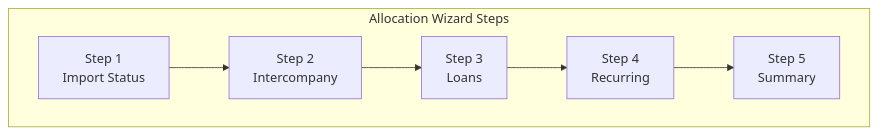
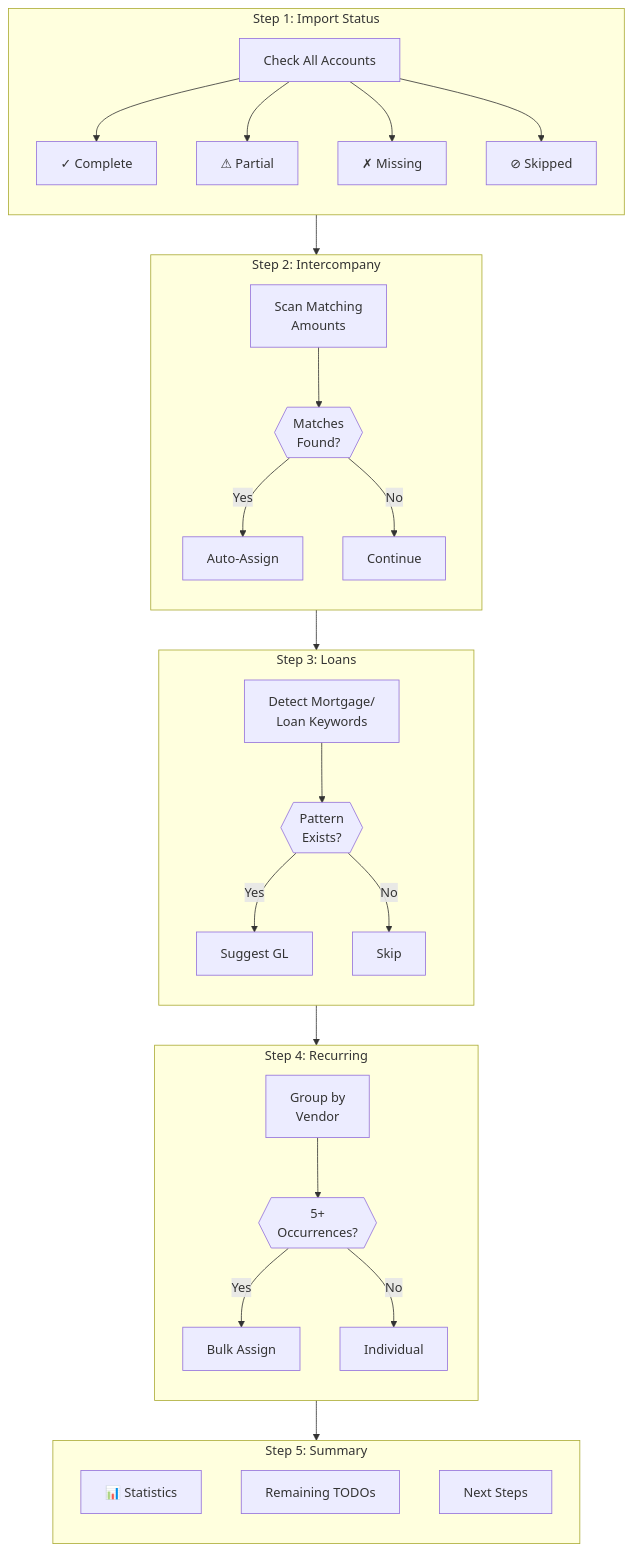
The fourth of 7 diagrams in docs/import-and-wizard-guide.md (bgs-fbreen/copilot_db-development), drawn with Mermaid before and after one commit. The commit also changed other lines of this file, not shown here.

First line of the commit message:
Transform linear Mermaid diagrams into multi-dimensional workflow visualizations (#36)

````diff
--- a/docs/import-and-wizard-guide.md
+++ b/docs/import-and-wizard-guide.md
@@ -423,13 +486,47 @@
 ```mermaid
-flowchart LR
-    subgraph Wizard["Allocation Wizard Steps"]
-        direction LR
-        STEP1["Step 1<br/>Import Status"]
-        STEP2["Step 2<br/>Intercompany"]
-        STEP3["Step 3<br/>Loans"]
-        STEP4["Step 4<br/>Recurring"]
-        STEP5["Step 5<br/>Summary"]
-        
-        STEP1 --> STEP2 --> STEP3 --> STEP4 --> STEP5
+flowchart TB
+    subgraph Step1["Step 1: Import Status"]
+        direction TB
+        S1_CHECK["Check All Accounts"]
+        S1_CHECK --> S1_COMPLETE["✓ Complete"]
+        S1_CHECK --> S1_PARTIAL["⚠ Partial"]
+        S1_CHECK --> S1_MISSING["✗ Missing"]
+        S1_CHECK --> S1_SKIP["⊘ Skipped"]
     end
+
+    subgraph Step2["Step 2: Intercompany"]
+        direction TB
+        S2_SCAN["Scan Matching<br/>Amounts"]
+        S2_SCAN --> S2_MATCH{{"Matches<br/>Found?"}}
+        S2_MATCH -->|Yes| S2_AUTO["Auto-Assign"]
+        S2_MATCH -->|No| S2_NEXT["Continue"]
+    end
+
+    subgraph Step3["Step 3: Loans"]
+        direction TB
+        S3_DETECT["Detect Mortgage/<br/>Loan Keywords"]
+        S3_DETECT --> S3_PATTERN{{"Pattern<br/>Exists?"}}
+        S3_PATTERN -->|Yes| S3_ASSIGN["Suggest GL"]
+        S3_PATTERN -->|No| S3_SKIP["Skip"]
+    end
+
+    subgraph Step4["Step 4: Recurring"]
+        direction TB
+        S4_GROUP["Group by<br/>Vendor"]
+        S4_GROUP --> S4_FREQ{{"5+<br/>Occurrences?"}}
+        S4_FREQ -->|Yes| S4_BULK["Bulk Assign"]
+        S4_FREQ -->|No| S4_INDIVIDUAL["Individual"]
+    end
+
+    subgraph Step5["Step 5: Summary"]
+        direction TB
+        S5_STATS["📊 Statistics"]
+        S5_REMAIN["Remaining TODOs"]
+        S5_NEXT["Next Steps"]
+    end
+
+    Step1 --> Step2
+    Step2 --> Step3
+    Step3 --> Step4
+    Step4 --> Step5
 ```
````
